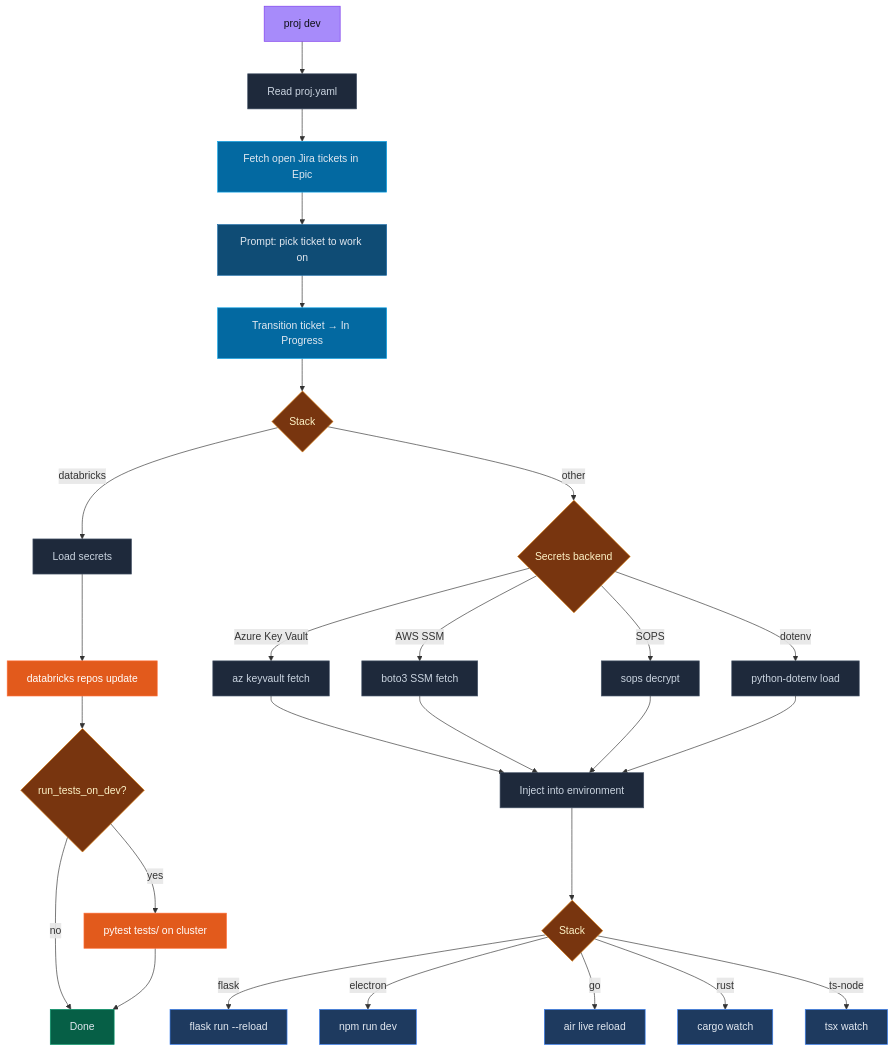
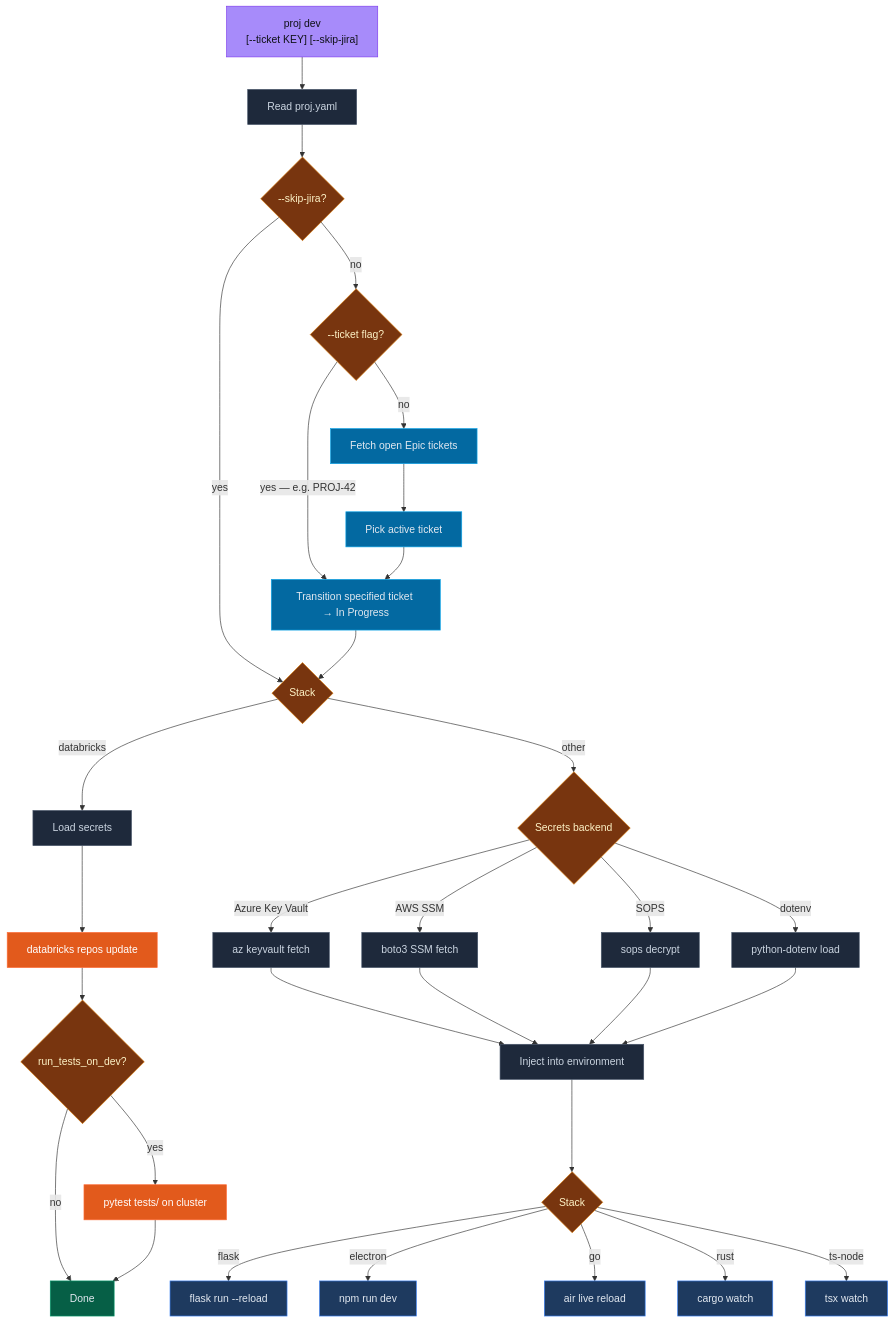
One commit to erosrage/Athena changed the fourth of 7 diagrams in README.md. Above: the diagram before and after it, drawn with Mermaid. The commit also changed other lines of this file and 1 other file, not shown here.

First line of the commit message:
docs: sync Mermaid diagrams with full Jira engagement + new flags

````diff
--- a/README.md
+++ b/README.md
@@ -122,35 +123,39 @@
 ```mermaid
 flowchart TD
-    A["proj dev"]:::entry
+    A["proj dev\n[--ticket KEY] [--skip-jira]"]:::entry
     A --> B["Read proj.yaml"]:::action
-    B --> JT["Fetch open Jira tickets in Epic"]:::jira
-    JT --> JP["Prompt: pick ticket to work on"]:::prompt
-    JP --> JI["Transition ticket → In Progress"]:::jira
+    B --> SJ{"--skip-jira?"}:::decision
+    SJ -->|"yes"| ST
+    SJ -->|"no"| TK{"--ticket flag?"}:::decision
+    TK -->|"yes — e.g. PROJ-42"| JI["Transition specified ticket → In Progress"]:::jira
+    TK -->|"no"| JT["Fetch open Epic tickets"]:::jira
+    JT --> JP["Pick active ticket"]:::jira
+    JP --> JI
     JI --> ST{"Stack"}:::decision
     ST -->|"databricks"| SEC2["Load secrets"]:::action
     SEC2 --> DB["databricks repos update"]:::dbx
     DB --> DBT{"run_tests_on_dev?"}:::decision
     DBT -->|"yes"| DBR["pytest tests/ on cluster"]:::dbx
     DBT -->|"no"| DBD["Done"]:::done
     DBR --> DBD
     ST -->|"other"| C{"Secrets backend"}:::decision
     C -->|"Azure Key Vault"| D1["az keyvault fetch"]:::action
     C -->|"AWS SSM"| D2["boto3 SSM fetch"]:::action
     C -->|"SOPS"| D3["sops decrypt"]:::action
     C -->|"dotenv"| D4["python-dotenv load"]:::action
     D1 & D2 & D3 & D4 --> E["Inject into environment"]:::action
     E --> F{"Stack"}:::decision
     F -->|"flask"| G1["flask run --reload"]:::run
     F -->|"electron"| G2["npm run dev"]:::run
     F -->|"go"| G3["air live reload"]:::run
     F -->|"rust"| G4["cargo watch"]:::run
     F -->|"ts-node"| G5["tsx watch"]:::run
     classDef entry fill:#a78bfa,stroke:#7c3aed,color:#0f1117
     classDef prompt fill:#0f4c75,stroke:#1b6ca8,color:#e2e8f0
     classDef action fill:#1e293b,stroke:#475569,color:#cbd5e1
     classDef decision fill:#78350f,stroke:#d97706,color:#fef3c7
     classDef run fill:#1e3a5f,stroke:#3b82f6,color:#e2e8f0
     classDef dbx fill:#e25a1c,stroke:#ff6b35,color:#fff
     classDef done fill:#065f46,stroke:#059669,color:#e2e8f0
     classDef jira fill:#0369a1,stroke:#0ea5e9,color:#e2e8f0
 ```
````
